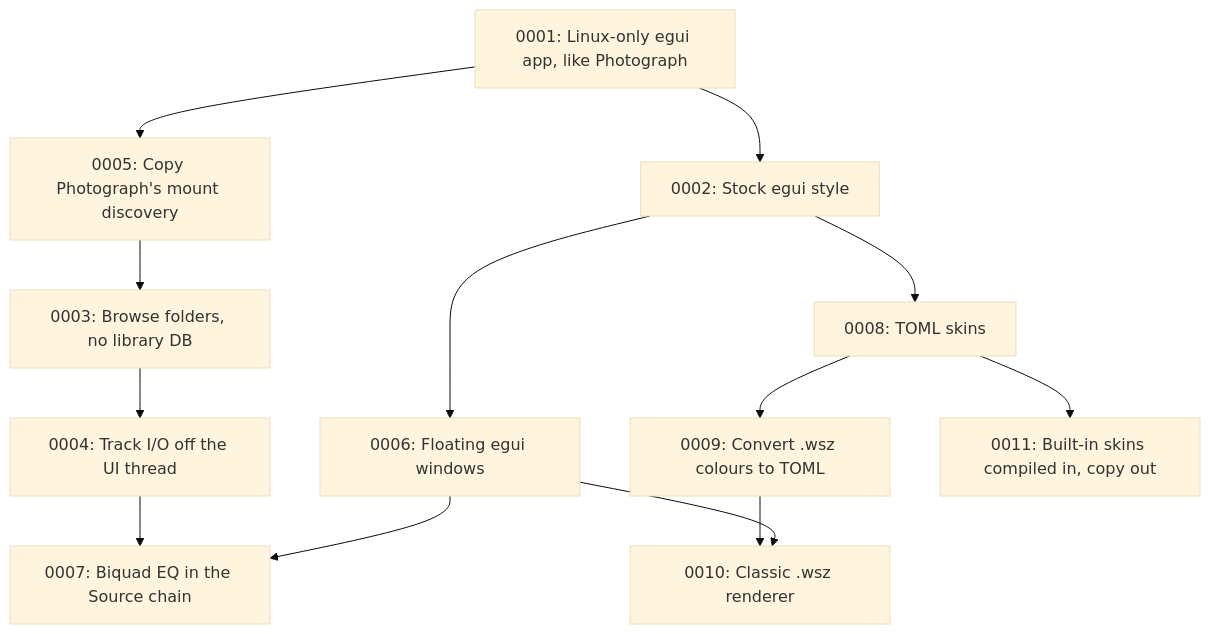
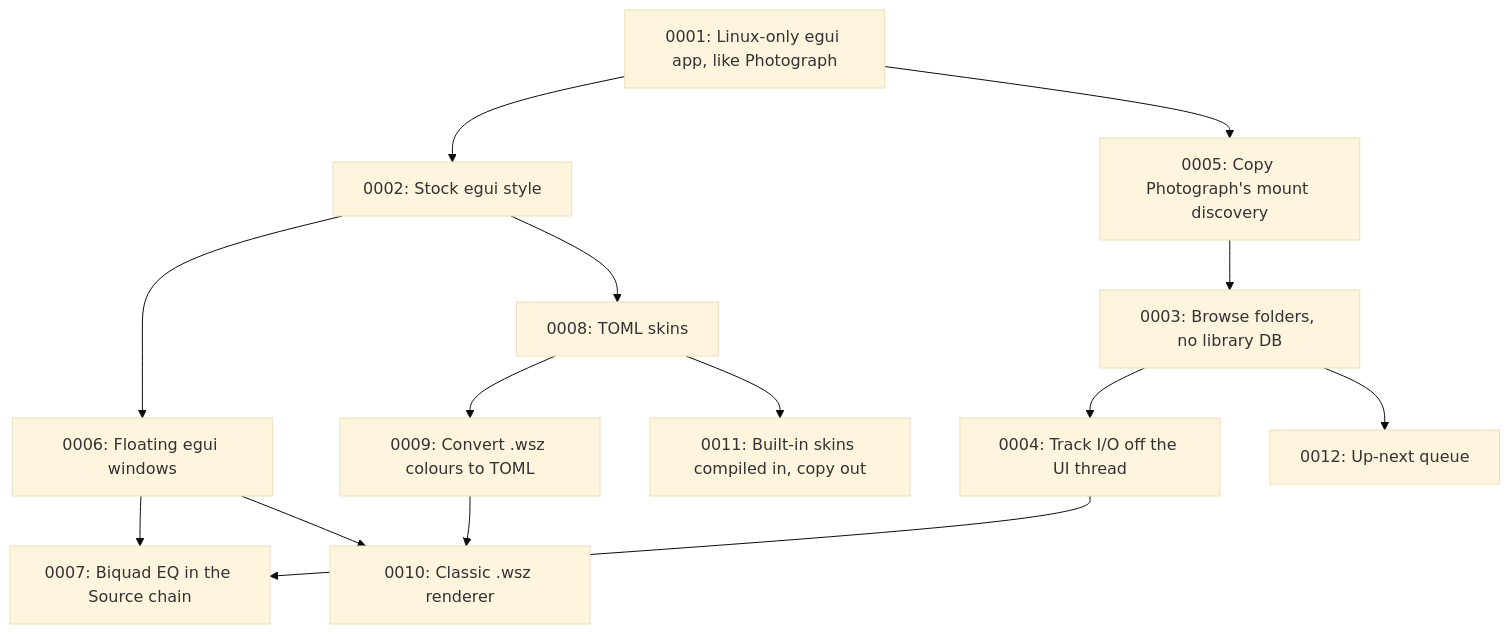
Before and after one commit to divanvisagie/UnAmp: the diagram in docs/adr/README.md, drawn with Mermaid (base theme). The commit also changed other lines of this file and 6 other files, not shown here.

First line of the commit message:
Add an up-next queue: Play next and Add to queue

````diff
--- a/docs/adr/README.md
+++ b/docs/adr/README.md
@@ -57,15 +58,16 @@
 ```mermaid
 flowchart TD
     A[0001: Linux-only egui app, like Photograph] --> B[0002: Stock egui style]
     A --> E[0005: Copy Photograph's mount discovery]
     C[0003: Browse folders, no library DB] --> D[0004: Track I/O off the UI thread]
     E --> C
     B --> F[0006: Floating egui windows]
     D --> G[0007: Biquad EQ in the Source chain]
     F --> G
     B --> H[0008: TOML skins]
     H --> I[0009: Convert .wsz colours to TOML]
     I --> J[0010: Classic .wsz renderer]
     F --> J
     H --> K[0011: Built-in skins compiled in, copy out]
+    C --> L[0012: Up-next queue]
 ```
````
